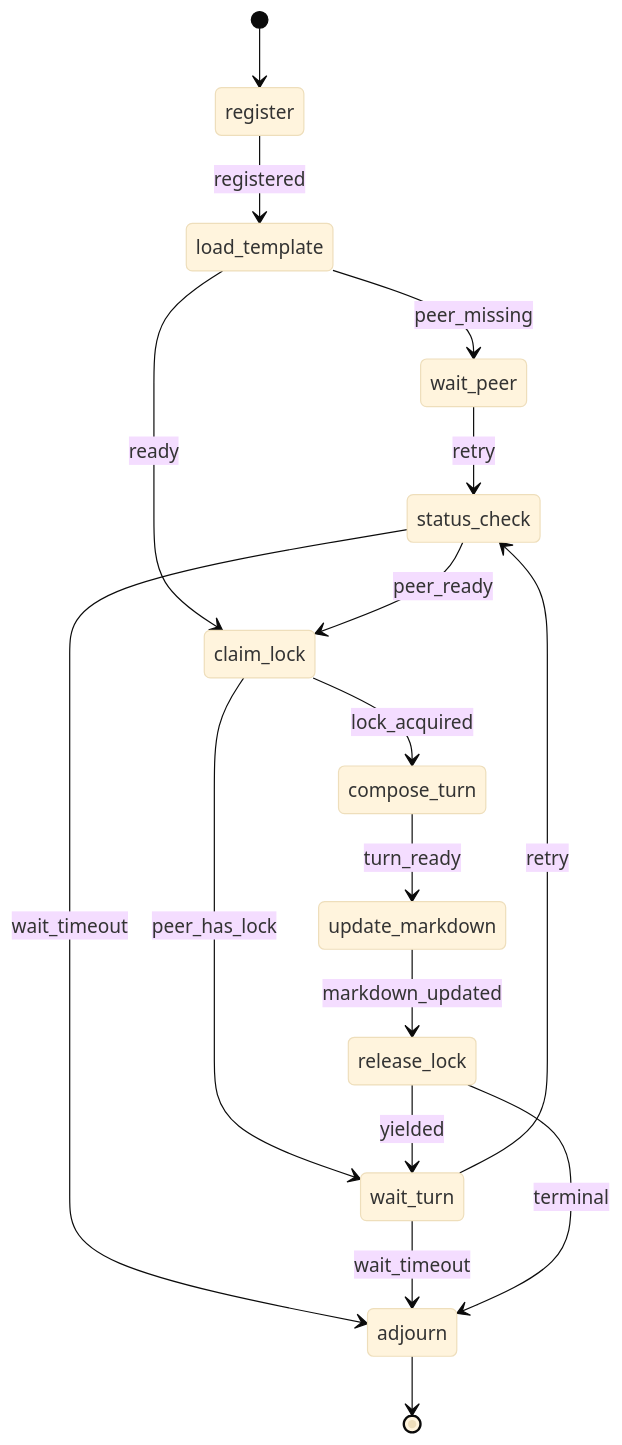
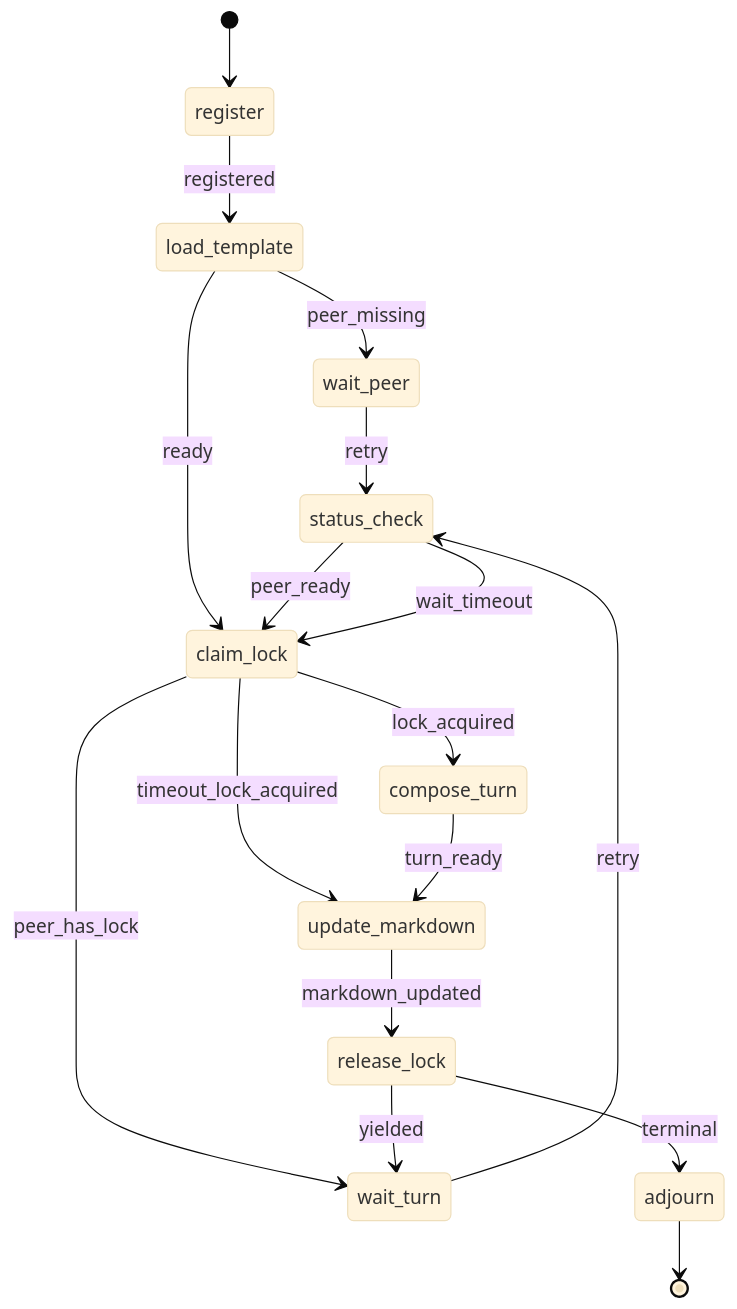
The fourth of 4 diagrams in .rp1/work/archives/features/socratic-duel/design.md (rp1-run/rp1), drawn with Mermaid (base theme) before and after one commit. The commit also changed other lines of this file and 9 other files, not shown here.

````diff
--- a/.rp1/work/archives/features/socratic-duel/design.md
+++ b/.rp1/work/archives/features/socratic-duel/design.md
@@ -111,19 +111,19 @@
 ```mermaid
 stateDiagram-v2
     [*] --> register
     register --> load_template : registered
     load_template --> wait_peer : peer_missing
     load_template --> claim_lock : ready
     wait_peer --> status_check : retry
     status_check --> claim_lock : peer_ready
-    status_check --> adjourn : wait_timeout
+    status_check --> claim_lock : wait_timeout
     claim_lock --> compose_turn : lock_acquired
+    claim_lock --> update_markdown : timeout_lock_acquired
     claim_lock --> wait_turn : peer_has_lock
     wait_turn --> status_check : retry
-    wait_turn --> adjourn : wait_timeout
     compose_turn --> update_markdown : turn_ready
     update_markdown --> release_lock : markdown_updated
     release_lock --> wait_turn : yielded
     release_lock --> adjourn : terminal
     adjourn --> [*]
 ```
````
